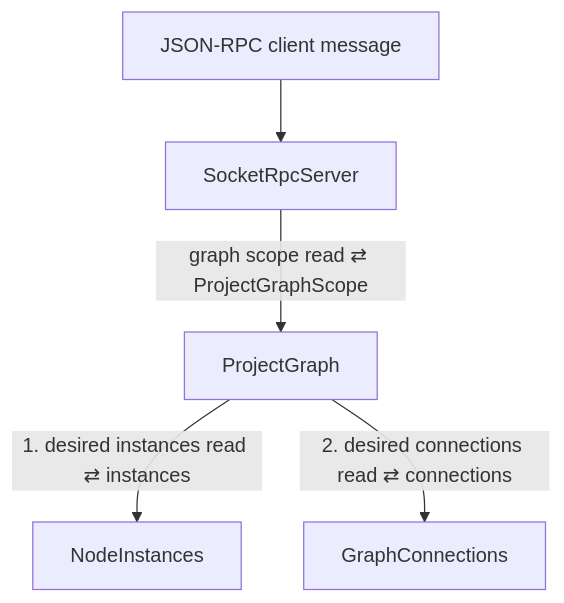
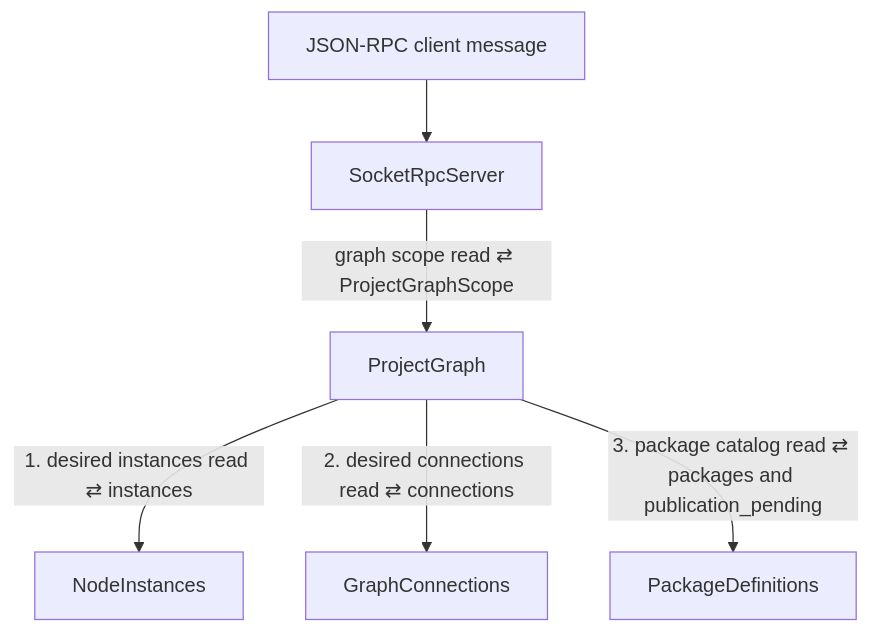
The diagram in docs/event_flows/graph_scope_read.md (ljleb/intravenous), drawn with Mermaid before and after one commit. The commit also changed other lines of this file and 47 other files, not shown here.

````diff
--- a/docs/event_flows/graph_scope_read.md
+++ b/docs/event_flows/graph_scope_read.md
@@ -9,13 +9,15 @@
 ```mermaid
 flowchart TD
     SRC["JSON-RPC client message"]
     RPC["SocketRpcServer"]
     PG["ProjectGraph"]
     NI["NodeInstances"]
     GC["GraphConnections"]
+    PD["PackageDefinitions"]
 
     SRC --> RPC
     RPC -->|"graph scope read ⇄ ProjectGraphScope"| PG
     PG -->|"1. desired instances read ⇄ instances"| NI
     PG -->|"2. desired connections read ⇄ connections"| GC
+    PG -->|"3. package catalog read ⇄ packages and publication_pending"| PD
 ```
````
